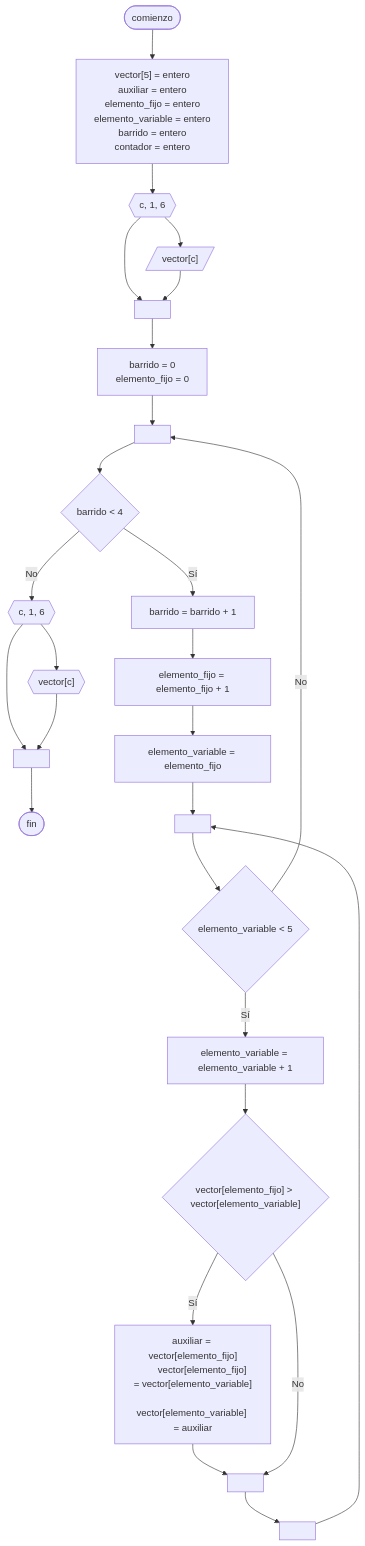
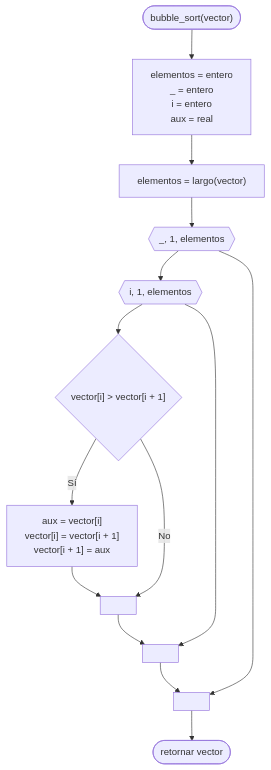
Before and after one commit to martinstanicio/ingenieria-en-sistemas: the diagram in Algoritmos y Estructuras de Datos/Ordenamiento burbuja.md, drawn with Mermaid. The commit also changed other lines of this file and 2 other files, not shown here.

````diff
--- a/Algoritmos y Estructuras de Datos/Ordenamiento burbuja.md
+++ b/Algoritmos y Estructuras de Datos/Ordenamiento burbuja.md
@@ -156,54 +17,31 @@
 ```mermaid
 flowchart TB
-	comienzo([comienzo])
+	comienzo(["bubble_sort(vector)"])
     
-	variables["`vector[5] = entero
-	auxiliar = entero
-	elemento_fijo = entero
-	elemento_variable = entero
-	barrido = entero
-	contador = entero`"]
+	variables["`elementos = entero
+	_ = entero
+	i = entero
+	aux = real`"]
 	
-	for1{{"c, 1, 6"}}
-	input[/"vector[c]"/]
+	elementos["elementos = largo(vector)"]
 	
-	init["`barrido = 0
-	elemento_fijo = 0`"]
+	for1{{"_, 1, elementos"}}
+	for2{{"i, 1, elementos"}}
+	if{"vector[i] > vector[i + 1]"}
+	swap["`aux = vector[i]
+	vector[i] = vector[i + 1]
+	vector[i + 1] = aux`"]
 	
-	while1{"barrido < 4"}
-	while1_content1["barrido = barrido + 1"]
-	while1_content2["elemento_fijo = elemento_fijo + 1"]
-	while1_content3["elemento_variable = elemento_fijo"]
-	
-	while2{"elemento_variable < 5"}
-	while2_content1["elemento_variable = elemento_variable + 1"]
-	if{"vector[elemento_fijo] > vector[elemento_variable]"}
-	intercambio["`auxiliar = vector[elemento_fijo]
-	vector[elemento_fijo] = vector[elemento_variable]
-	vector[elemento_variable] = auxiliar`"]
-	
-	for2{{"c, 1, 6"}}
-	mostrar{{"vector[c]"}}
-	
-	fin([fin])
+	fin(["retornar vector"])
 	
 	a[" "]
 	b[" "]
 	c[" "]
-	d[" "]
-	e[" "]
-	f[" "]
     
-	comienzo --> variables --> for1
-	for1 --> a
-	for1 --> input --> a
-	a --> init --> e --> while1
-	while1 -- "Sí" --> while1_content1 --> while1_content2 --> while1_content3 --> b --> while2 -- "Sí" --> while2_content1 --> if
-	if -- "Sí" --> intercambio --> c
-	if -- "No" --> c
-	c --> d --> b
-	while2 -- "No" --> e
-	while1 -- "No" --> for2 --> f
-	for2 --> mostrar --> f
-	f --> fin
+	comienzo --> variables --> elementos --> for1 --> for2 --> if
+	if -- "Sí" --> swap --> a
+	if -- "No" --> a
+	a --> b
+	for2 --> b --> c
+	for1 --> c --> fin
 ```
````
